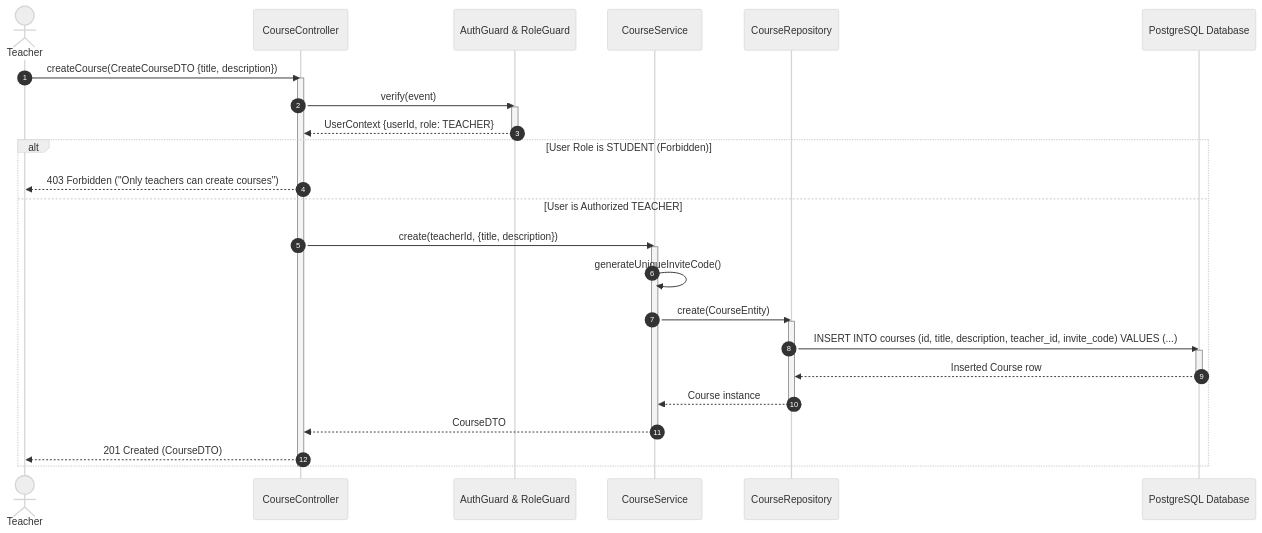
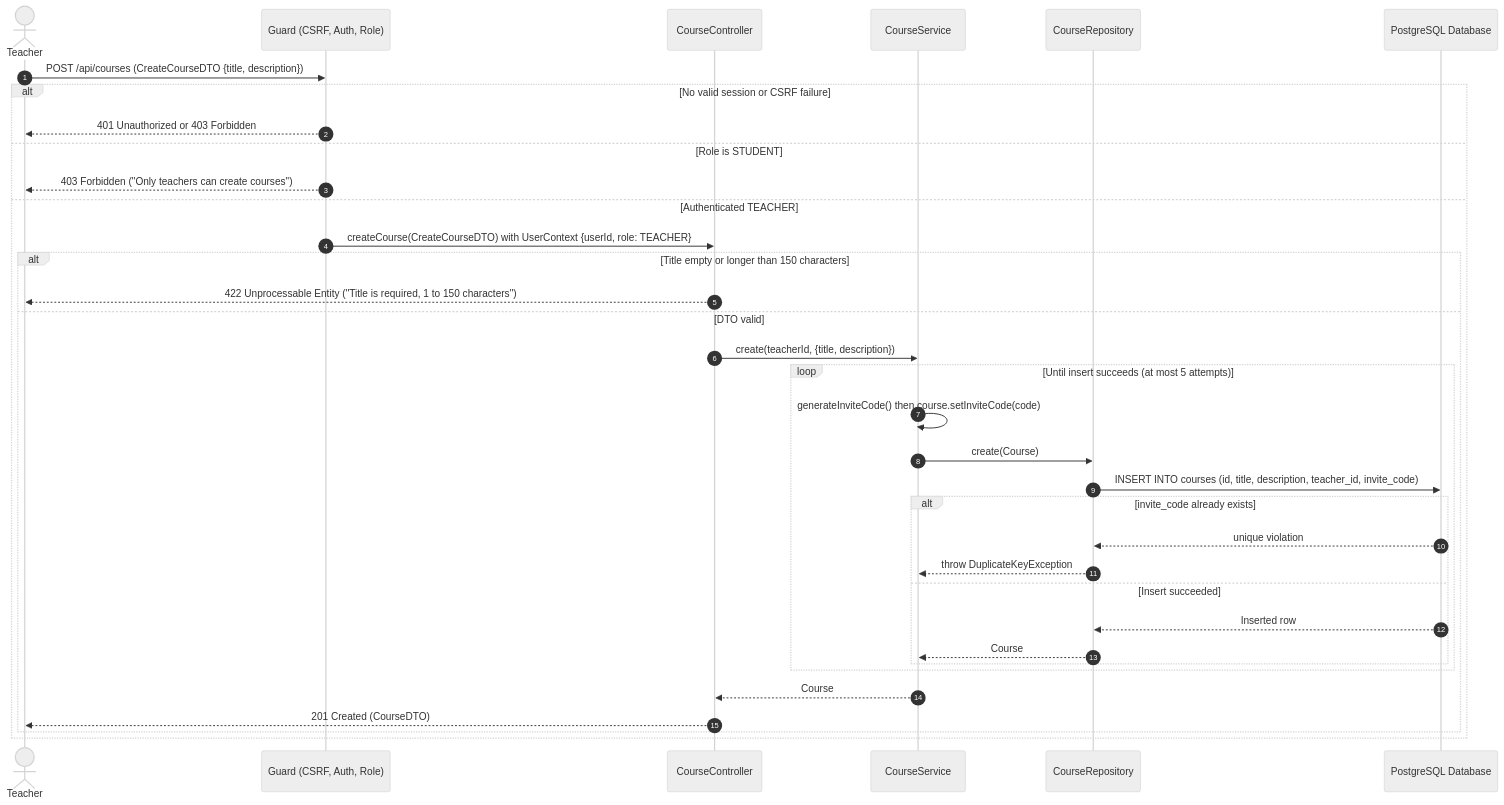
Before and after one commit to nelan138/vible-online-teaching-platform: the ninth of 18 diagrams in docs/design/software-design.md, drawn with Mermaid (neutral theme). The commit also changed other lines of this file, not shown here.

Commit message:
docs(design): update class specifications and sequence diagrams for improved clarity and accuracy

````diff
--- a/docs/design/software-design.md
+++ b/docs/design/software-design.md
@@ -963,37 +989,38 @@
 ```mermaid
 sequenceDiagram
     autonumber
     actor Teacher as Teacher
+    participant GD as Guard (CSRF, Auth, Role)
     participant CC as CourseController
-    participant Middleware as AuthGuard & RoleGuard
     participant CS as CourseService
     participant CR as CourseRepository
     participant DB as PostgreSQL Database
 
-    Teacher ->> CC: createCourse(CreateCourseDTO {title, description})
-    activate CC
-    CC ->> Middleware: verify(event)
-    activate Middleware
-    Middleware -->> CC: UserContext {userId, role: TEACHER}
-    deactivate Middleware
-
-    alt User Role is STUDENT (Forbidden)
-        CC -->> Teacher: 403 Forbidden ("Only teachers can create courses")
-    else User is Authorized TEACHER
-        CC ->> CS: create(teacherId, {title, description})
-        activate CS
-        CS ->> CS: generateUniqueInviteCode()
-        CS ->> CR: create(CourseEntity)
-        activate CR
-        CR ->> DB: INSERT INTO courses (id, title, description, teacher_id, invite_code) VALUES (...)
-        activate DB
-        DB -->> CR: Inserted Course row
-        deactivate DB
-        CR -->> CS: Course instance
-        deactivate CR
-        CS -->> CC: CourseDTO
-        deactivate CS
-        CC -->> Teacher: 201 Created (CourseDTO)
+    Teacher ->> GD: POST /api/courses (CreateCourseDTO {title, description})
+    alt No valid session or CSRF failure
+        GD -->> Teacher: 401 Unauthorized or 403 Forbidden
+    else Role is STUDENT
+        GD -->> Teacher: 403 Forbidden ("Only teachers can create courses")
+    else Authenticated TEACHER
+        GD ->> CC: createCourse(CreateCourseDTO) with UserContext {userId, role: TEACHER}
+        alt Title empty or longer than 150 characters
+            CC -->> Teacher: 422 Unprocessable Entity ("Title is required, 1 to 150 characters")
+        else DTO valid
+            CC ->> CS: create(teacherId, {title, description})
+            loop Until insert succeeds (at most 5 attempts)
+                CS ->> CS: generateInviteCode() then course.setInviteCode(code)
+                CS ->> CR: create(Course)
+                CR ->> DB: INSERT INTO courses (id, title, description, teacher_id, invite_code)
+                alt invite_code already exists
+                    DB -->> CR: unique violation
+                    CR -->> CS: throw DuplicateKeyException
+                else Insert succeeded
+                    DB -->> CR: Inserted row
+                    CR -->> CS: Course
+                end
+            end
+            CS -->> CC: Course
+            CC -->> Teacher: 201 Created (CourseDTO)
+        end
     end
-    deactivate CC
 ```
````
